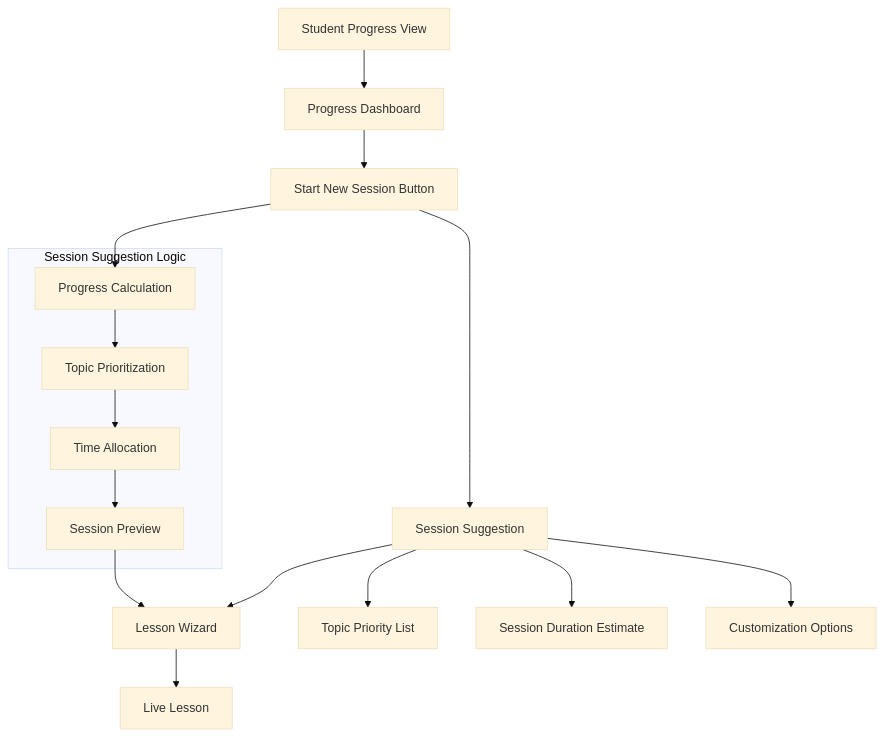
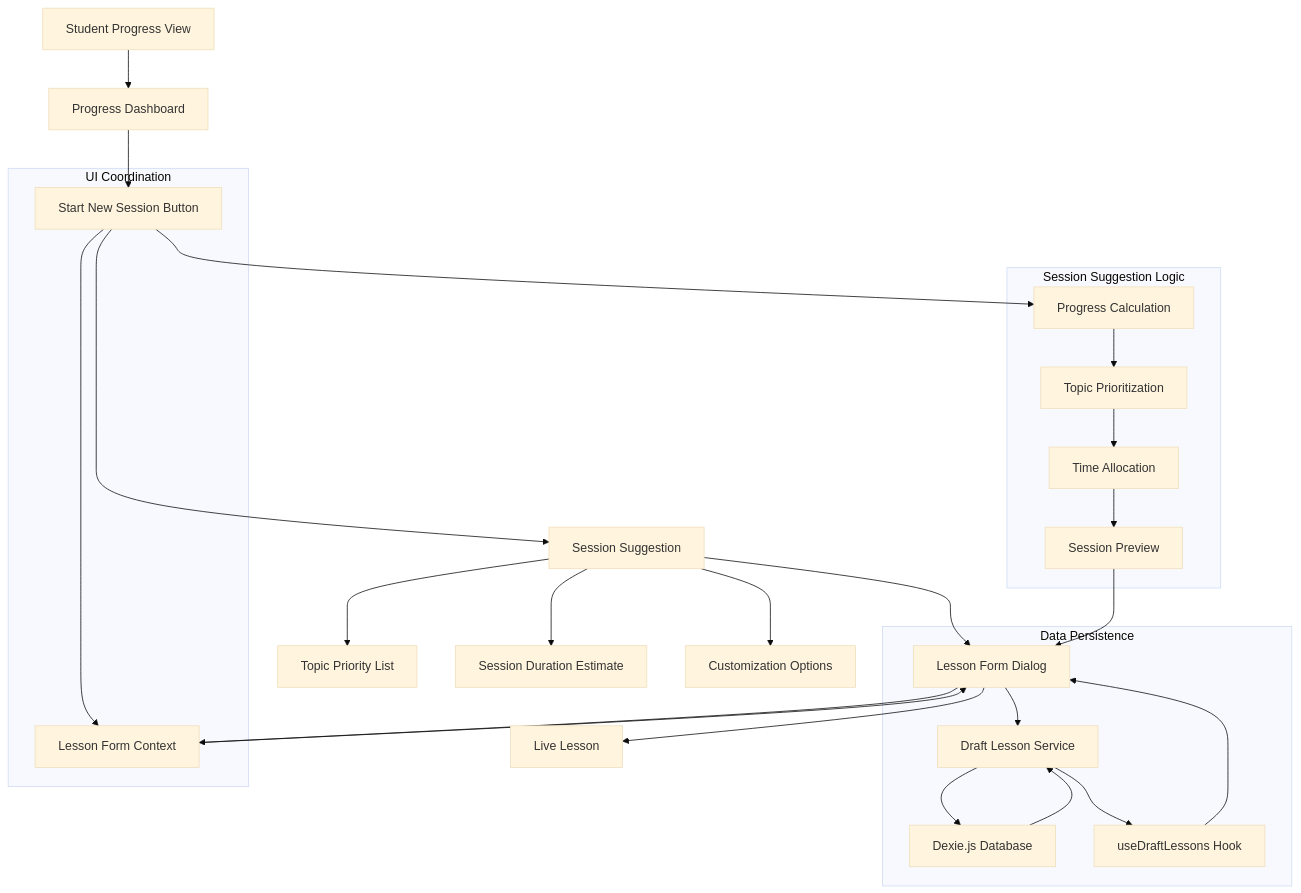
Before and after one commit to tonihintikka/opetuslupa_apu: the first of 2 diagrams in docs/stories/Epic-3-Story-2.md, drawn with Mermaid (base theme). The commit also changed other lines of this file and 10 other files, not shown here.

````diff
--- a/docs/stories/Epic-3-Story-2.md
+++ b/docs/stories/Epic-3-Story-2.md
@@ -142,21 +207,35 @@
 ```mermaid
 graph TD
     A[Student Progress View] --> B[Progress Dashboard]
     B --> C[Start New Session Button]
     C --> D[Session Suggestion]
-    D --> E[Lesson Wizard]
+    D --> E[Lesson Form Dialog]
     E --> F[Live Lesson]
     
     D --> D1[Topic Priority List]
     D --> D2[Session Duration Estimate]
     D --> D3[Customization Options]
     
     subgraph "Session Suggestion Logic"
     G[Progress Calculation] --> H[Topic Prioritization]
     H --> I[Time Allocation]
     I --> J[Session Preview]
     end
     
+    subgraph "Data Persistence"
+    E --> DLS[Draft Lesson Service]
+    DLS --> DB[Dexie.js Database]
+    DB --> DLS
+    DLS --> DH[useDraftLessons Hook]
+    DH --> E
+    end
+    
+    subgraph "UI Coordination"
+    E --> LC[Lesson Form Context]
+    LC --> E
+    C --> LC
+    end
+    
     C --> G
     J --> E
 ```
````
